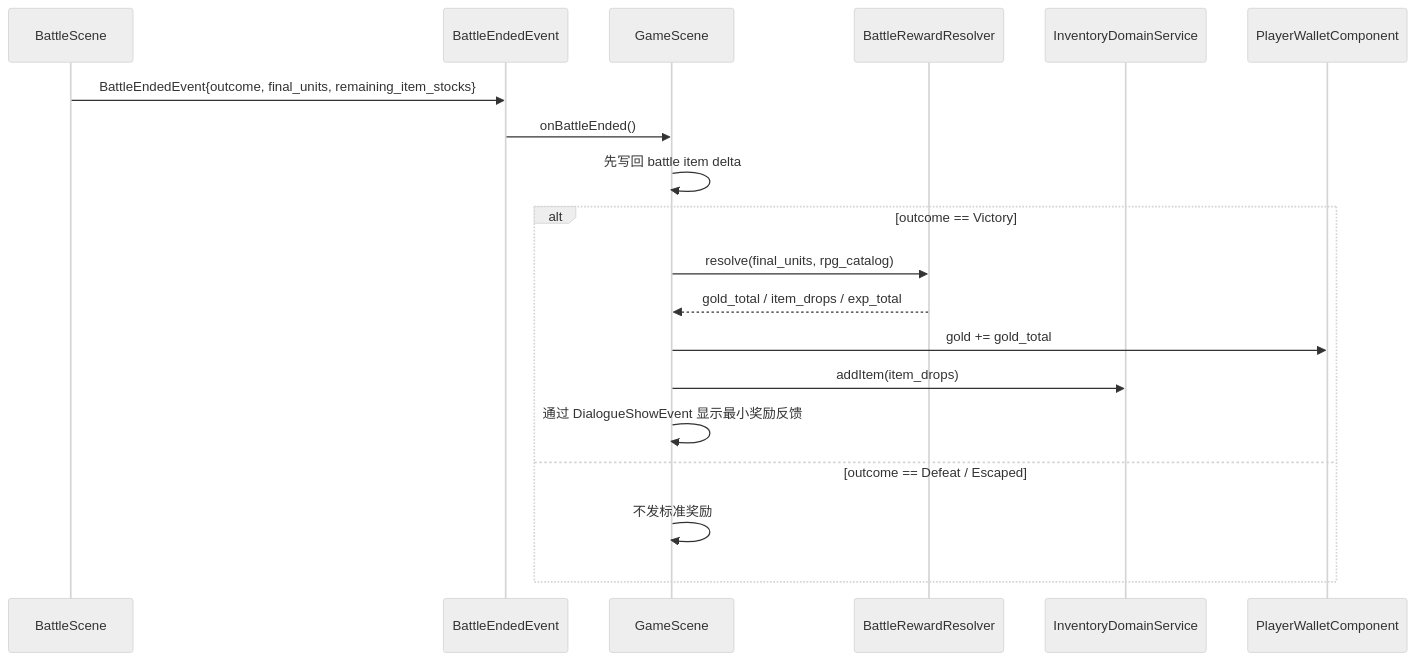
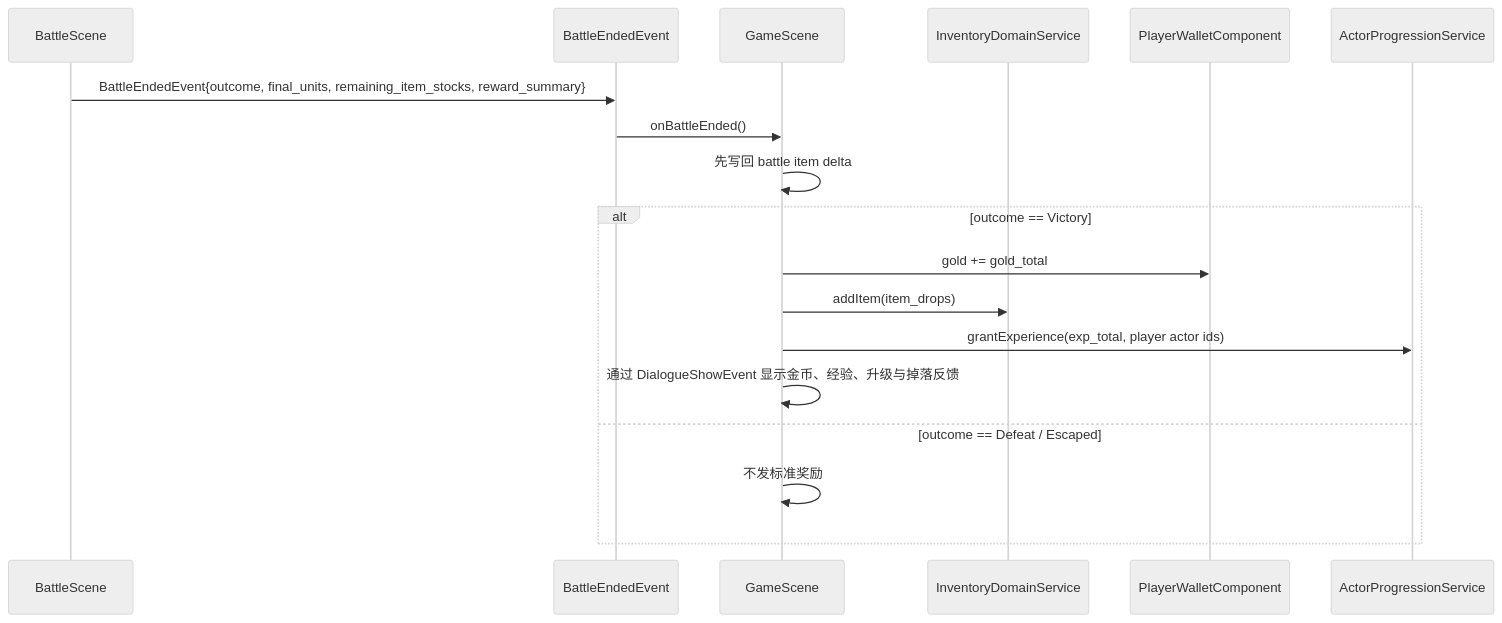
The sixth of 7 diagrams in docs/gameplay/turn-based-battle.md (WispSnow/TinyFarmRPG), drawn with Mermaid (neutral theme) before and after one commit. The commit also changed other lines of this file and 53 other files, not shown here.

````diff
--- a/docs/gameplay/turn-based-battle.md
+++ b/docs/gameplay/turn-based-battle.md
@@ -354,22 +354,21 @@
 ```mermaid
 sequenceDiagram
     participant BS as BattleScene
     participant EVT as BattleEndedEvent
     participant GS as GameScene
-    participant RR as BattleRewardResolver
     participant INV as InventoryDomainService
     participant WALLET as PlayerWalletComponent
+    participant PROG as ActorProgressionService
 
-    BS->>EVT: BattleEndedEvent{outcome, final_units, remaining_item_stocks}
+    BS->>EVT: BattleEndedEvent{outcome, final_units, remaining_item_stocks, reward_summary}
     EVT->>GS: onBattleEnded()
     GS->>GS: 先写回 battle item delta
     alt outcome == Victory
-        GS->>RR: resolve(final_units, rpg_catalog)
-        RR-->>GS: gold_total / item_drops / exp_total
         GS->>WALLET: gold += gold_total
         GS->>INV: addItem(item_drops)
-        GS->>GS: 通过 DialogueShowEvent 显示最小奖励反馈
+        GS->>PROG: grantExperience(exp_total, player actor ids)
+        GS->>GS: 通过 DialogueShowEvent 显示金币、经验、升级与掉落反馈
     else outcome == Defeat / Escaped
         GS->>GS: 不发标准奖励
     end
 ```
````
